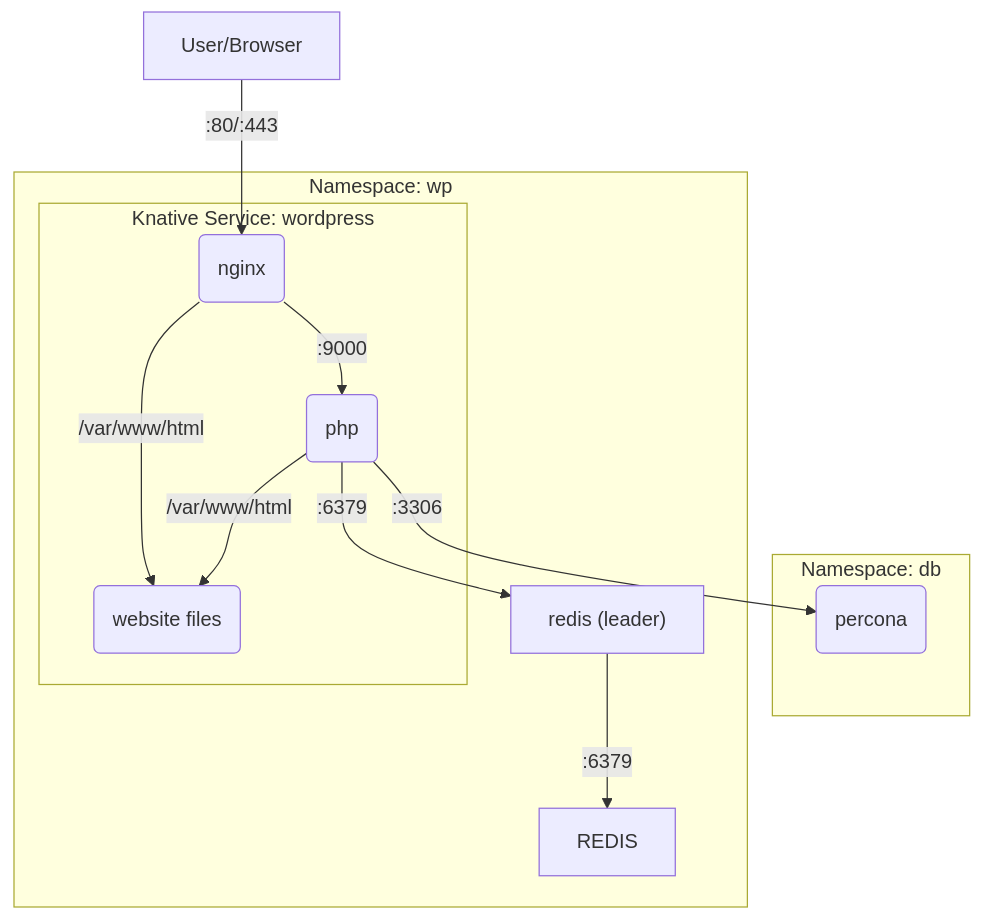
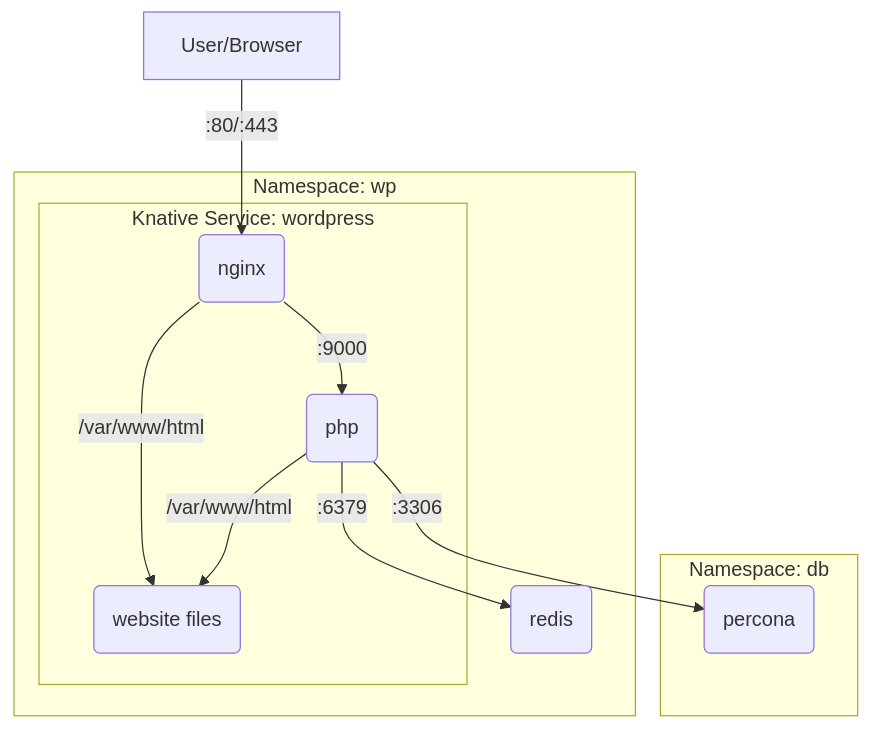
The diagram in README.md (nateinaction/knative-wordpress), drawn with Mermaid before and after one commit.

Commit message:
Fix mermaid graph

````diff
--- a/README.md
+++ b/README.md
@@ -11,25 +11,23 @@
 ```mermaid
 flowchart TD
   USER["User/Browser"] -- ":80/:443" --> NGINX
 
   subgraph "Namespace: db"
     PERCONA("percona")
   end
 
   subgraph "Namespace: wp"
     subgraph "Knative Service: wordpress"
       NGINX("nginx")
       PHP("php")
       SITE("website files")
     end
 
     NGINX -- ":9000" --> PHP
     NGINX -- "/var/www/html" --> SITE
 
     PHP -- "/var/www/html" --> SITE
-    PHP -- ":6379" --> REDISLEADER["redis-leader"]
+    PHP -- ":6379" --> REDIS("redis")
     PHP -- ":3306" --> PERCONA
-
-    REDISLEADER["redis (leader)"] -- ":6379" --> REDIS
   end
 ```
````
